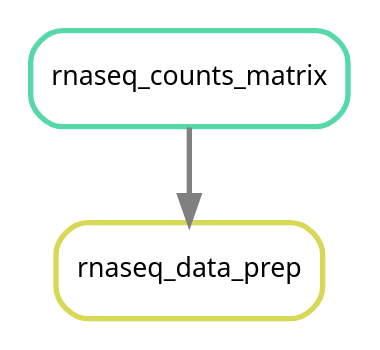
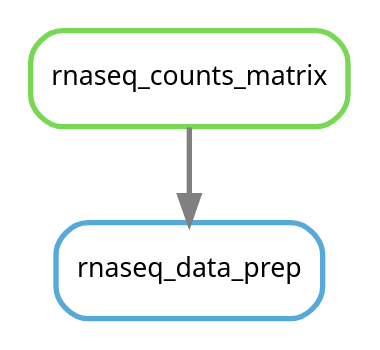
One commit to NCBI-Hackathons/Pharmacogenomics_Prediction_Pipeline_P3 changed the diagram in doc/source/images/normed_counts.dot. Above: the diagram before and after it, drawn with Graphviz. The commit also changed 25 other files, not shown here.

```diff
--- a/doc/source/images/normed_counts.dot
+++ b/doc/source/images/normed_counts.dot
@@ -1,8 +1,8 @@
 digraph snakemake_dag {
     graph[bgcolor=white, margin=0];
     node[shape=box, style=rounded, fontname=sans,                 fontsize=10, penwidth=2];
     edge[penwidth=2, color=grey];
-	0[label = "rnaseq_data_prep", color = "0.17 0.6 0.85", style="rounded"];
-	1[label = "rnaseq_counts_matrix", color = "0.44 0.6 0.85", style="rounded"];
-	1 -> 0
+	0[label = "rnaseq_counts_matrix", color = "0.29 0.6 0.85", style="rounded"];
+	1[label = "rnaseq_data_prep", color = "0.56 0.6 0.85", style="rounded"];
+	0 -> 1
 }            
```
